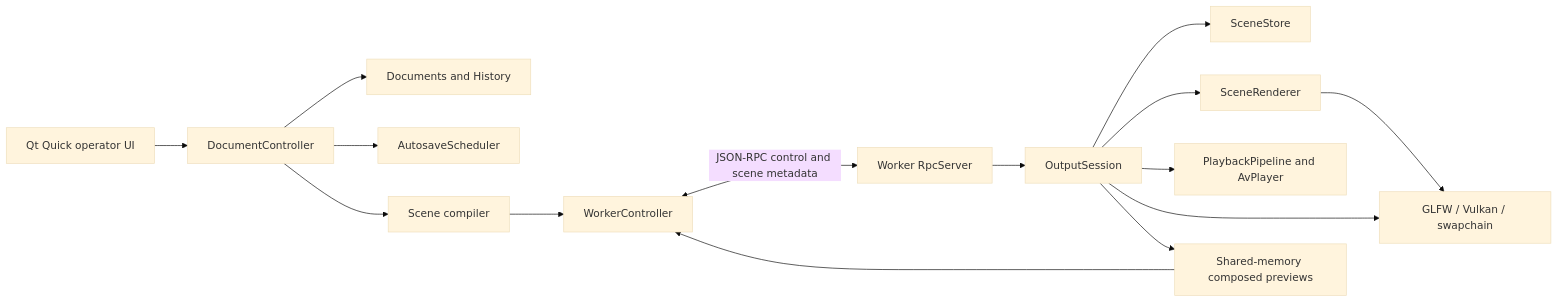
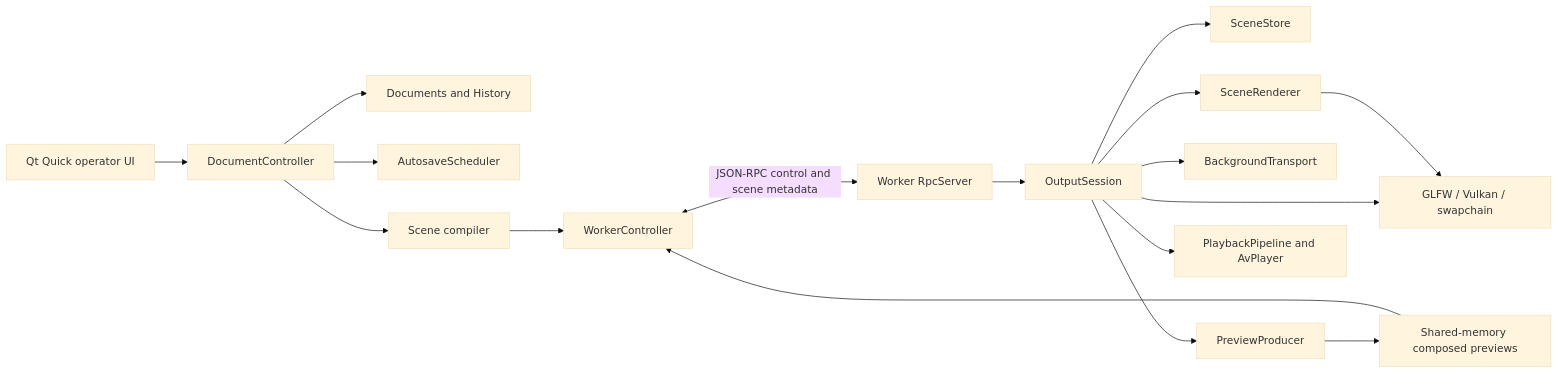
Before and after one commit to dattrax/OpenShowQt: the diagram in docs/architecture.md, drawn with Mermaid (base theme). The commit also changed other lines of this file and 26 other files, not shown here.

````diff
--- a/docs/architecture.md
+++ b/docs/architecture.md
@@ -11,17 +12,19 @@
 ```mermaid
 flowchart LR
     QML[Qt Quick operator UI] --> DC[DocumentController]
     DC --> D[Documents and History]
     DC --> AS[AutosaveScheduler]
     DC --> SC[Scene compiler]
     SC --> WC[WorkerController]
     WC <-->|JSON-RPC control and scene metadata| RPC[Worker RpcServer]
     RPC --> OS[OutputSession]
     OS --> SS[SceneStore]
+    OS --> PP[PreviewProducer]
+    OS --> BT[BackgroundTransport]
     OS --> SR[SceneRenderer]
     OS --> AV[PlaybackPipeline and AvPlayer]
     OS --> GPU[GLFW / Vulkan / swapchain]
     SR --> GPU
-    OS --> SHM[Shared-memory composed previews]
+    PP --> SHM[Shared-memory composed previews]
     SHM --> WC
 ```
````
